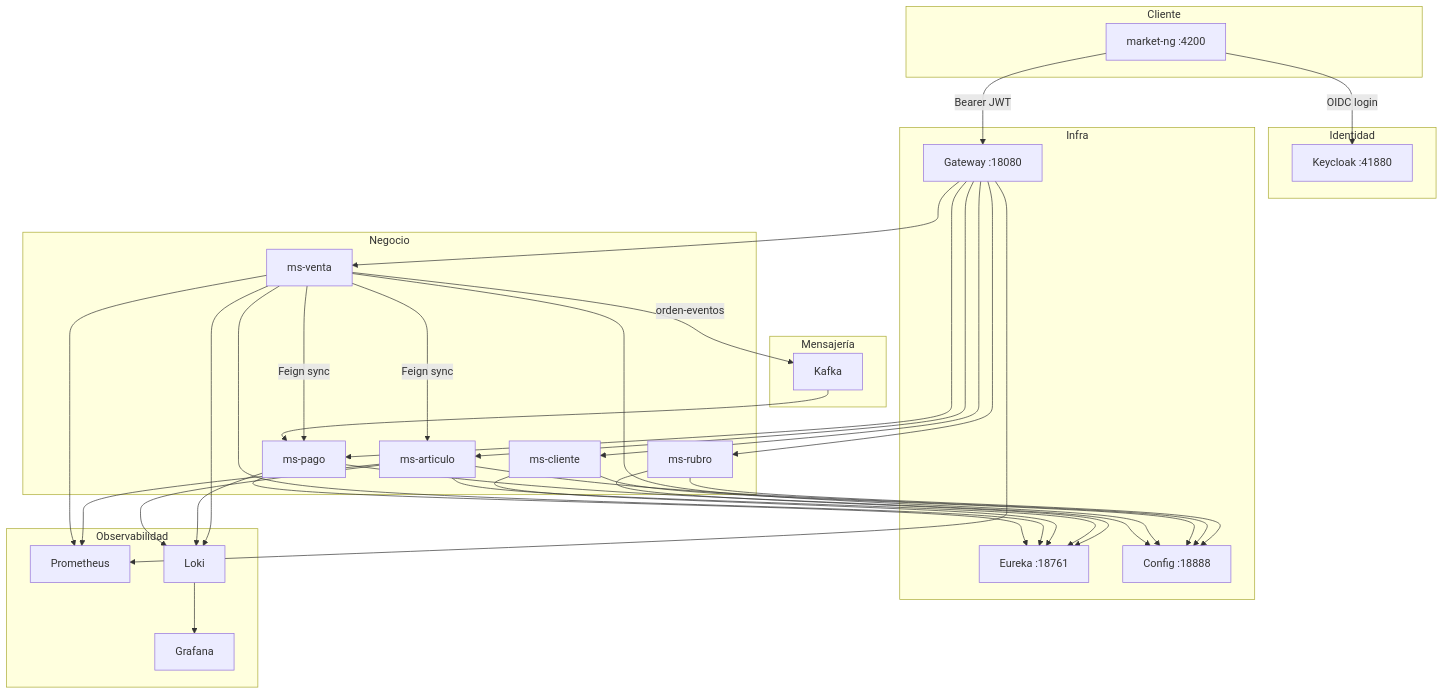
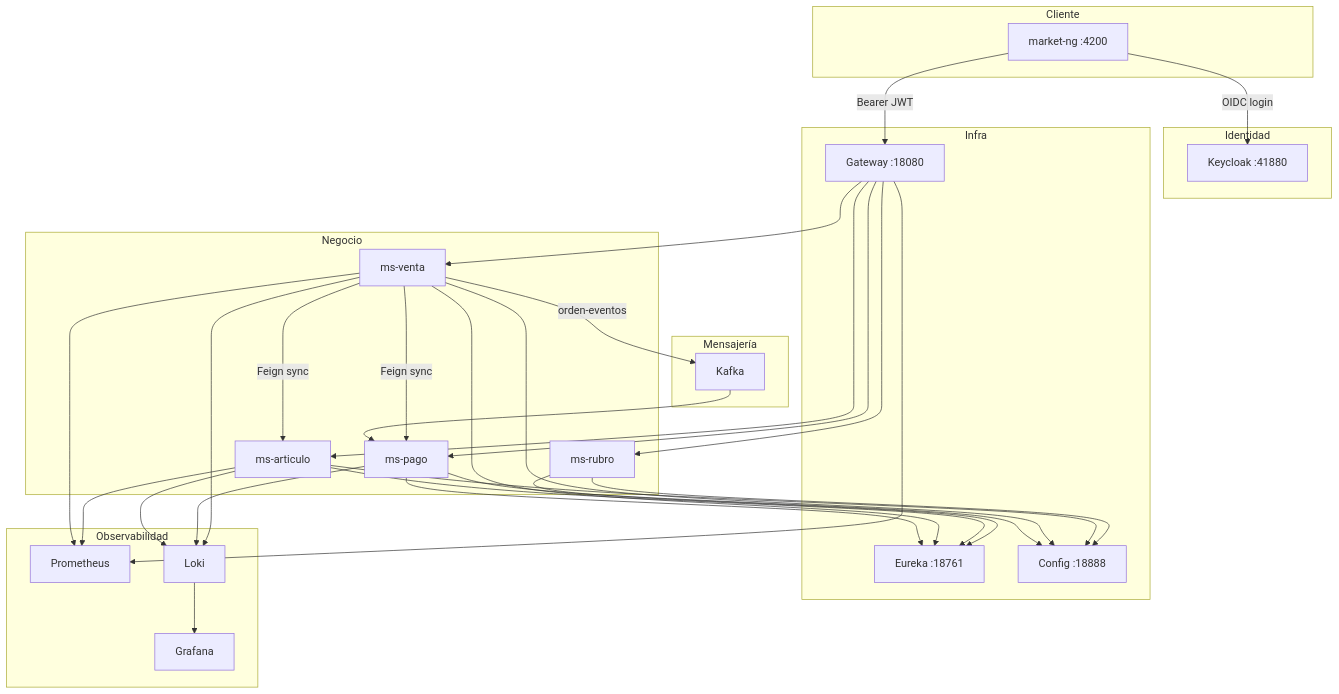
The first of 2 diagrams in docs/arquitectura.md (RonalCodeLP/NovaMarket), drawn with Mermaid before and after one commit. The commit also changed other lines of this file and 113 other files, not shown here.

````diff
--- a/docs/arquitectura.md
+++ b/docs/arquitectura.md
@@ -7,45 +7,44 @@
 ```mermaid
 flowchart TB
     subgraph Cliente
         NG[market-ng :4200]
     end
 
     subgraph Identidad
         KC[Keycloak :41880]
     end
 
     subgraph Infra
         GW[Gateway :18080]
         EU[Eureka :18761]
         CFG[Config :18888]
     end
 
     subgraph Negocio
         RUB[ms-rubro]
         ART[ms-articulo]
-        CLI[ms-cliente]
         VEN[ms-venta]
         PAG[ms-pago]
     end
 
     subgraph Mensajería
         KF[Kafka]
     end
 
     subgraph Observabilidad
         PR[Prometheus]
         LK[Loki]
         GF[Grafana]
     end
 
     NG -->|OIDC login| KC
     NG -->|Bearer JWT| GW
-    GW --> RUB & ART & CLI & VEN & PAG
-    RUB & ART & CLI & VEN & PAG --> EU
-    RUB & ART & CLI & VEN & PAG --> CFG
+    GW --> RUB & ART & VEN & PAG
+    RUB & ART & VEN & PAG --> EU
+    RUB & ART & VEN & PAG --> CFG
     VEN -->|Feign sync| ART & PAG
     VEN -->|orden-eventos| KF
     KF --> PAG
     GW & ART & VEN --> PR
     VEN & PAG & ART --> LK --> GF
 ```
````
